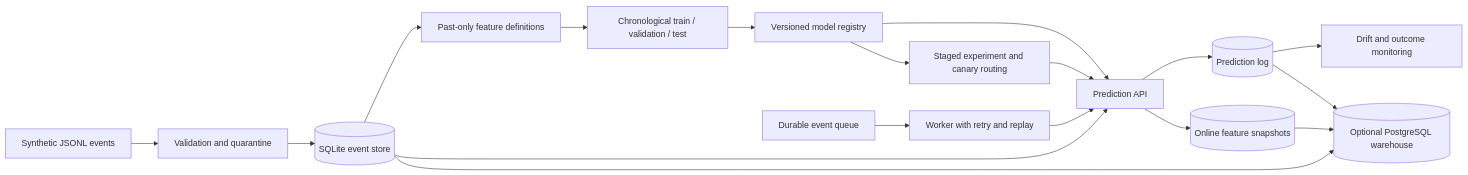
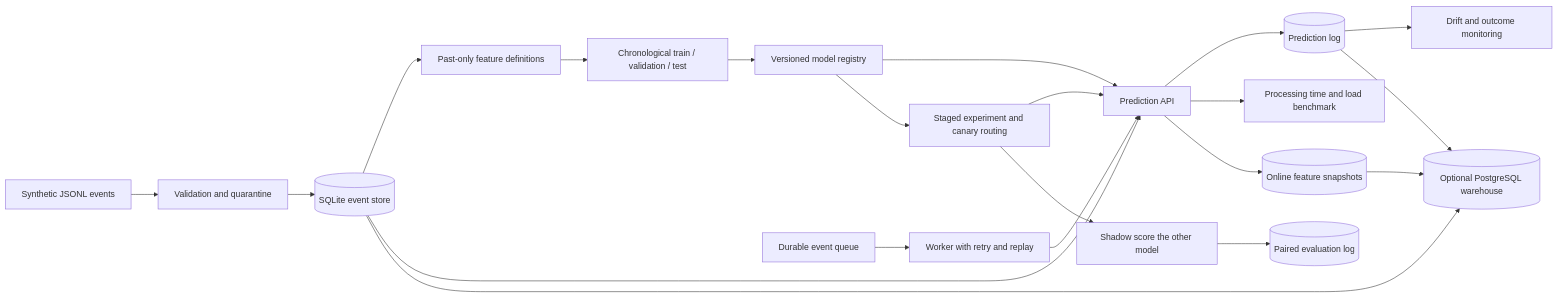
Before and after one commit to serigela/FeatureForge: the diagram in README.md, drawn with Mermaid. The commit also changed other lines of this file, not shown here.

Commit message:
Document paired evaluation and load testing

````diff
--- a/README.md
+++ b/README.md
@@ -34,20 +34,23 @@
 ```mermaid
 flowchart LR
   A[Synthetic JSONL events] --> B[Validation and quarantine]
   B --> C[(SQLite event store)]
   C --> D[Past-only feature definitions]
   D --> E[Chronological train / validation / test]
   E --> F[Versioned model registry]
   F --> G[Prediction API]
   F --> N[Staged experiment and canary routing]
   N --> G
+  N --> O[Shadow score the other model]
+  O --> P[(Paired evaluation log)]
   C --> G
   G --> H[(Prediction log)]
+  G --> Q[Processing time and load benchmark]
   H --> I[Drift and outcome monitoring]
   J[Durable event queue] --> K[Worker with retry and replay]
   K --> G
   G --> L[(Online feature snapshots)]
   C --> M[(Optional PostgreSQL warehouse)]
   H --> M
   L --> M
 ```
````
